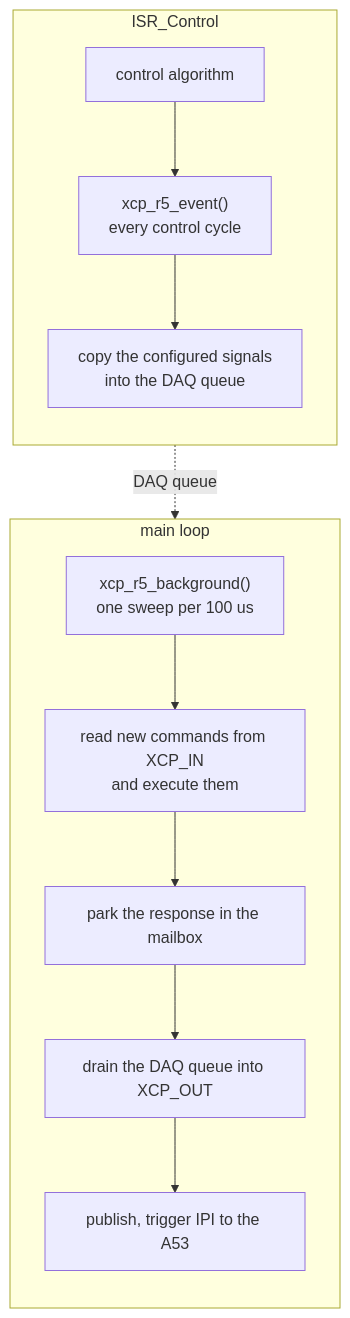
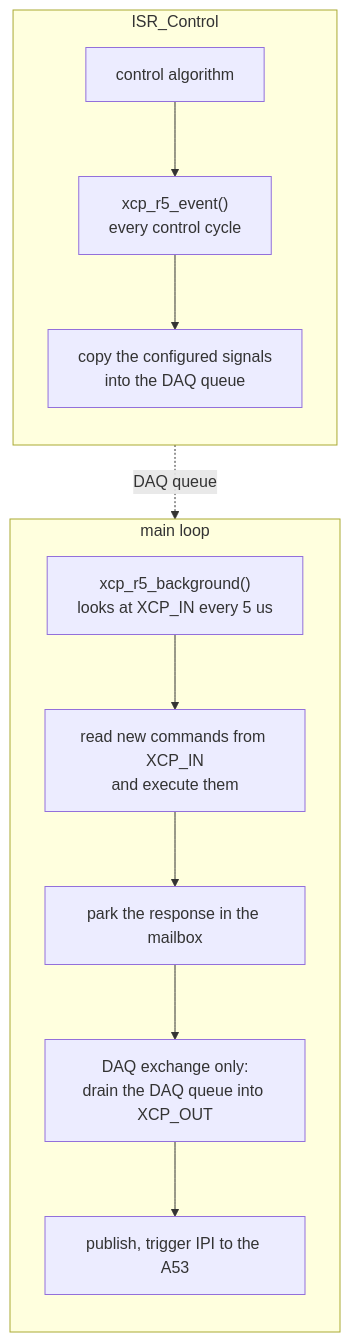
One commit to ultrazohm/ultrazohm_sw changed the second of 5 diagrams in docs/source/guide/XCP/XCP_architecture.rst. Above: the diagram before and after it, drawn with Mermaid. The commit also changed other lines of this file and 2 other files, not shown here.

First line of the commit message:
docs: XCP exchange pacing, A53 profile, measured limits

```diff
--- a/docs/source/guide/XCP/XCP_architecture.rst
+++ b/docs/source/guide/XCP/XCP_architecture.rst
@@ -47,18 +53,18 @@
 .. mermaid::
     :align: center
     :caption: Split of the XCP work between interrupt and main loop on the R5
 
     flowchart TB
       subgraph ISR["ISR_Control"]
         direction TB
         a["control algorithm"] --> b["xcp_r5_event()<br>every control cycle"]
         b --> c["copy the configured signals<br>into the DAQ queue"]
       end
       subgraph ML["main loop"]
         direction TB
-        d["xcp_r5_background()<br>one sweep per 100 us"] --> e["read new commands from XCP_IN<br>and execute them"]
+        d["xcp_r5_background()<br>looks at XCP_IN every 5 us"] --> e["read new commands from XCP_IN<br>and execute them"]
         e --> f["park the response in the mailbox"]
-        f --> g["drain the DAQ queue into XCP_OUT"]
+        f --> g["DAQ exchange only:<br>drain the DAQ queue into XCP_OUT"]
         g --> h["publish, trigger IPI to the A53"]
       end
       c -. "DAQ queue" .-> g
```
